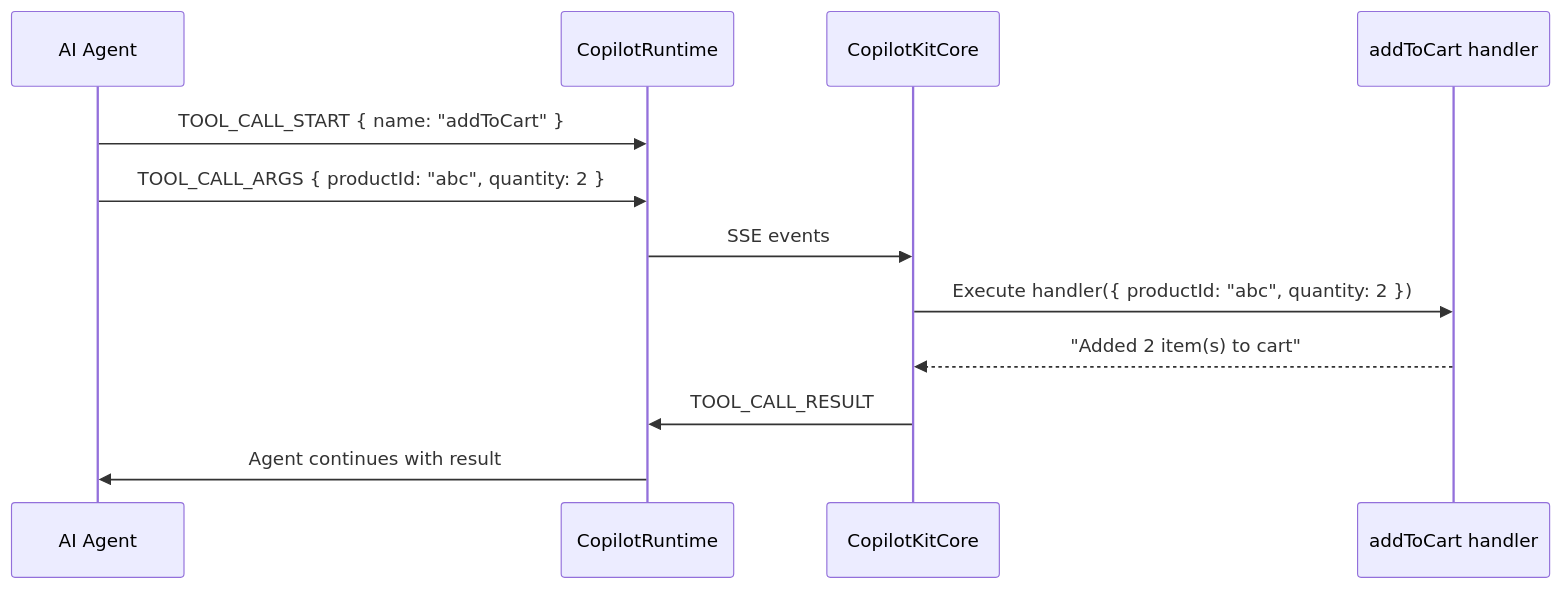
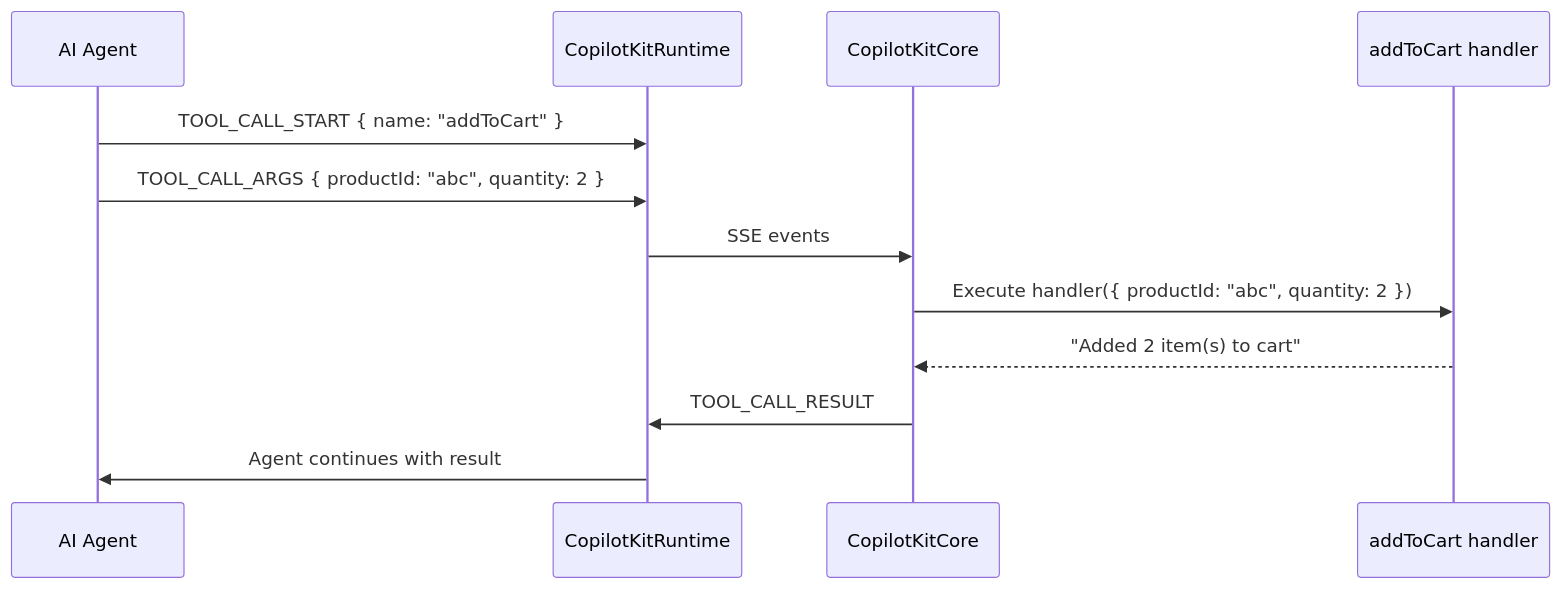
The third of 5 diagrams in dev-docs/architecture/setup-react.md (CopilotKit/CopilotKit), drawn with Mermaid before and after one commit. The commit also changed other lines of this file and 30 other files, not shown here.

Commit message:
docs: use the CopilotKit* runtime names in package docs and comments

````diff
--- a/dev-docs/architecture/setup-react.md
+++ b/dev-docs/architecture/setup-react.md
@@ -146,15 +146,15 @@
 ```mermaid
 sequenceDiagram
     participant Agent as AI Agent
-    participant Runtime as CopilotRuntime
+    participant Runtime as CopilotKitRuntime
     participant Core as CopilotKitCore
     participant Tool as addToCart handler
 
     Agent->>Runtime: TOOL_CALL_START { name: "addToCart" }
     Agent->>Runtime: TOOL_CALL_ARGS { productId: "abc", quantity: 2 }
     Runtime->>Core: SSE events
     Core->>Tool: Execute handler({ productId: "abc", quantity: 2 })
     Tool-->>Core: "Added 2 item(s) to cart"
     Core->>Runtime: TOOL_CALL_RESULT
     Runtime->>Agent: Agent continues with result
 ```
````
